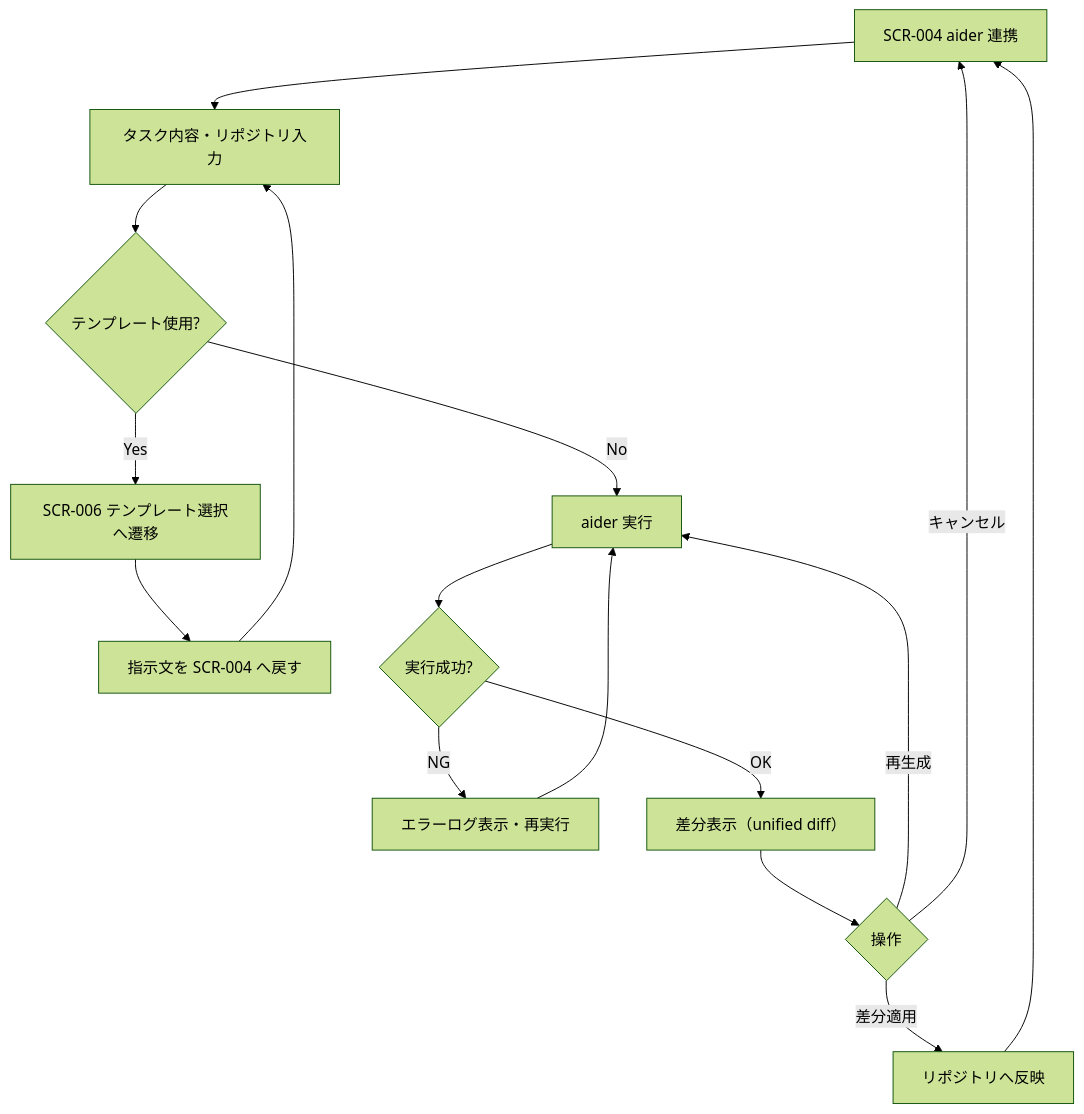
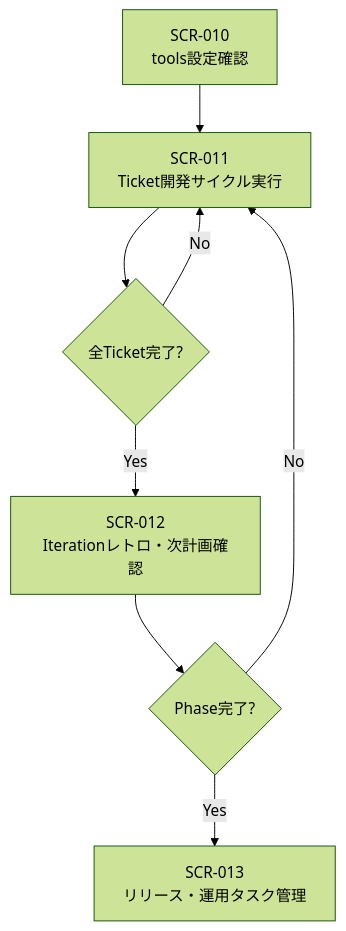
One commit to BossApe/lo-vibe changed the third of 3 diagrams in _document/002.要件定義フェーズ/001.要件定義/001-06.画面遷移定義書.md. Above: the diagram before and after it, drawn with Mermaid (forest theme). The commit also changed other lines of this file and 8 other files, not shown here.

````diff
--- a/_document/002.要件定義フェーズ/001.要件定義/001-06.画面遷移定義書.md
+++ b/_document/002.要件定義フェーズ/001.要件定義/001-06.画面遷移定義書.md
@@ -139,18 +122,14 @@
 ```mermaid
 flowchart TD
-    A[SCR-004 aider 連携] --> B[タスク内容・リポジトリ入力]
-    B --> C{テンプレート使用?}
-    C -- Yes --> D[SCR-006 テンプレート選択へ遷移]
-    D --> E[指示文を SCR-004 へ戻す]
-    E --> B
-    C -- No --> F[aider 実行]
-    F --> G{実行成功?}
-    G -- NG --> H[エラーログ表示・再実行]
-    H --> F
-    G -- OK --> I[差分表示（unified diff）]
-    I --> J{操作}
-    J -- 差分適用 --> K[リポジトリへ反映]
-    K --> A
-    J -- 再生成 --> F
-    J -- キャンセル --> A
+    S10[SCR-010
+tools設定確認] --> S11[SCR-011
+Ticket開発サイクル実行]
+    S11 --> DEC{全Ticket完了?}
+    DEC -- No --> S11
+    DEC -- Yes --> S12[SCR-012
+Iterationレトロ・次計画確認]
+    S12 --> DEC2{Phase完了?}
+    DEC2 -- No --> S11
+    DEC2 -- Yes --> S13[SCR-013
+リリース・運用タスク管理]
 ```
````
